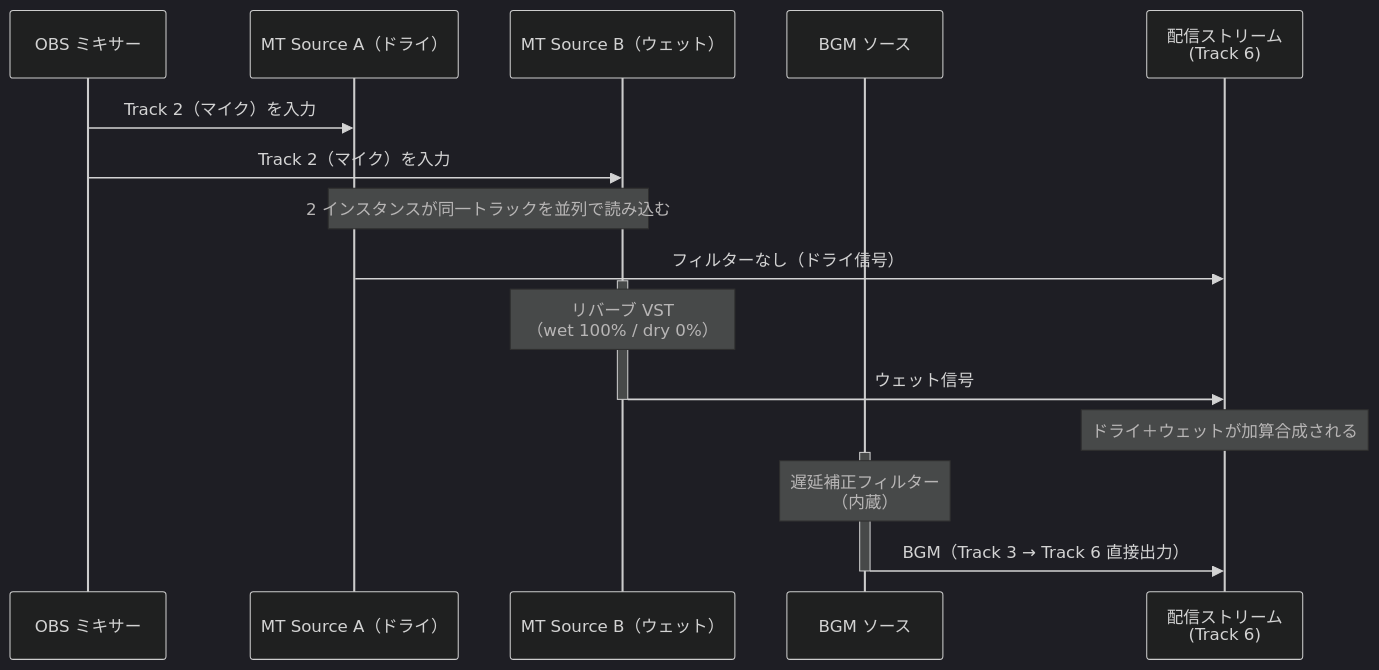
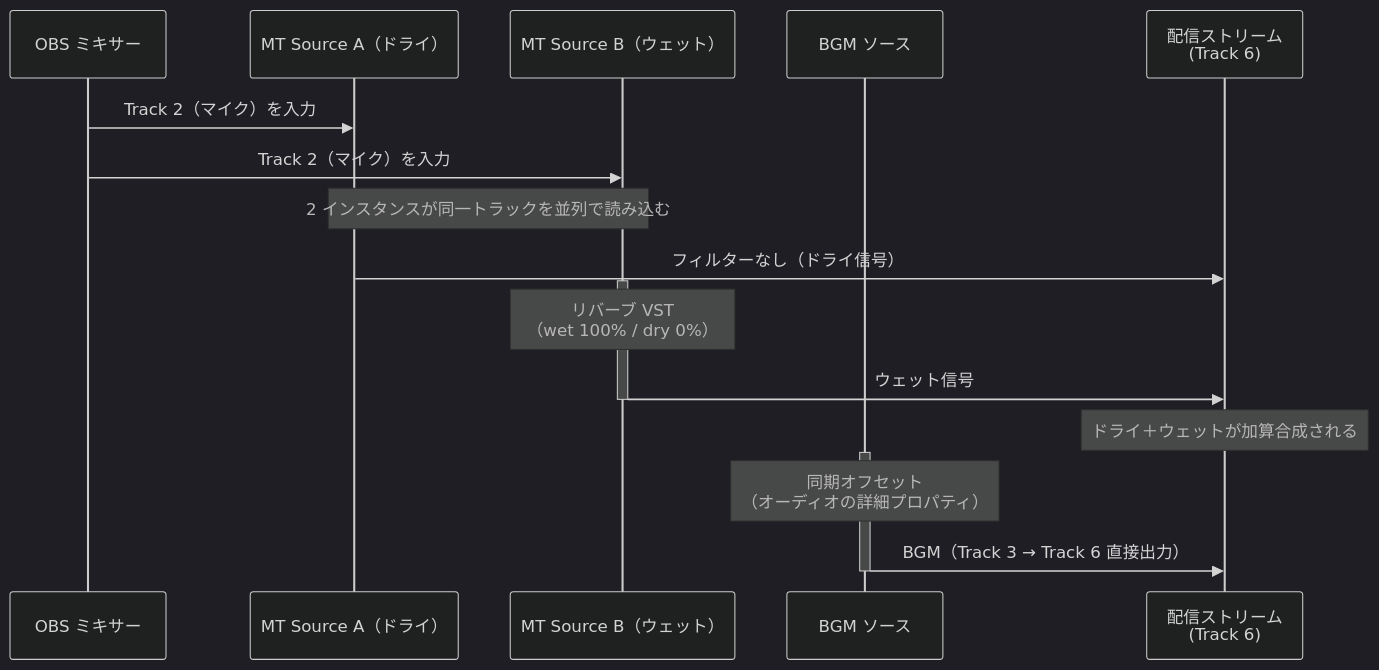
Before and after one commit to semnil/MixTrack2Source: the diagram in docs/uc5-parallel-reverb.ja.md, drawn with Mermaid (dark theme). The commit also changed other lines of this file and 3 other files, not shown here.

````diff
--- a/docs/uc5-parallel-reverb.ja.md
+++ b/docs/uc5-parallel-reverb.ja.md
@@ -17,26 +17,26 @@
 ```mermaid
 sequenceDiagram
     participant M   as OBS ミキサー
     participant MA  as MT Source A（ドライ）
     participant MB  as MT Source B（ウェット）
     participant BG  as BGM ソース
     participant ST  as 配信ストリーム<br/>(Track 6)
 
     M  ->> MA : Track 2（マイク）を入力
     M  ->> MB : Track 2（マイク）を入力
     Note over MA,MB : 2 インスタンスが同一トラックを並列で読み込む
 
     MA ->> ST : フィルターなし（ドライ信号）
 
     activate MB
     Note over MB : リバーブ VST<br/>（wet 100% / dry 0%）
     MB ->> ST : ウェット信号
     deactivate MB
 
     Note over ST : ドライ＋ウェットが加算合成される
 
     activate BG
-    Note over BG : 遅延補正フィルター<br/>（内蔵）
+    Note over BG : 同期オフセット<br/>（オーディオの詳細プロパティ）
     BG ->> ST : BGM（Track 3 → Track 6 直接出力）
     deactivate BG
 ```
````
